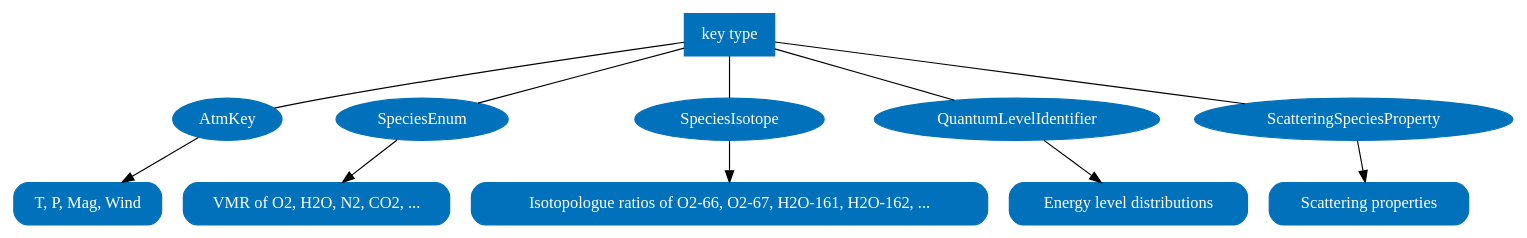
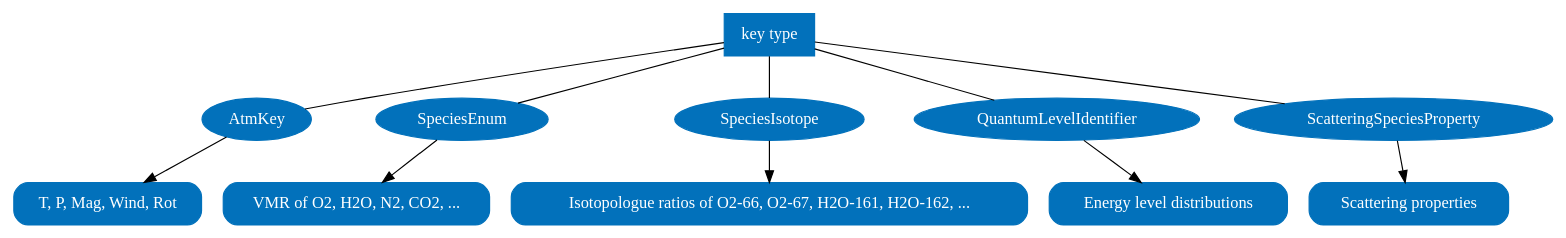
The third of 4 diagrams in doc/arts/user.atm_field.rst (atmtools/arts), drawn with Graphviz before and after one commit. The commit also changed other lines of this file and 21 other files, not shown here.

```diff
--- a/doc/arts/user.atm_field.rst
+++ b/doc/arts/user.atm_field.rst
@@ -154,29 +161,29 @@
 .. graphviz::
 
   digraph g {
     bgcolor="#00000000";
     rankdir = "TD";
     ratio = auto;
     node [ color = "#0271BB" fontcolor = "white" style = "filled,rounded" shape = "rectangle" ];
     "a0" [ label = "key type" style = "filled" ];
     "b0" [ label = "AtmKey" shape = "ellipse" ];
     "b1" [ label = "SpeciesEnum" shape = "ellipse" ];
     "b2" [ label = "SpeciesIsotope" shape = "ellipse" ];
     "b3" [ label = "QuantumLevelIdentifier" shape = "ellipse" ];
     "b4" [ label = "ScatteringSpeciesProperty" shape = "ellipse" ];
-    "c0" [ label = "T, P, Mag, Wind" ];
+    "c0" [ label = "T, P, Mag, Wind, Rot" ];
     "c1" [ label = "VMR of O2, H2O, N2, CO2, ..." ];
     "c2" [ label = "Isotopologue ratios of O2-66, O2-67, H2O-161, H2O-162, ..." ];
     "c3" [ label = "Energy level distributions" ];
     "c4" [ label = "Scattering properties" ];
     a0 -> b0 [ arrowhead = "none" ];
     a0 -> b1 [ arrowhead = "none" ];
     a0 -> b2 [ arrowhead = "none" ];
     a0 -> b3 [ arrowhead = "none" ];
     a0 -> b4 [ arrowhead = "none" ];
     b0 -> c0;
     b1 -> c1;
     b2 -> c2;
     b3 -> c3;
     b4 -> c4;
   }
```
